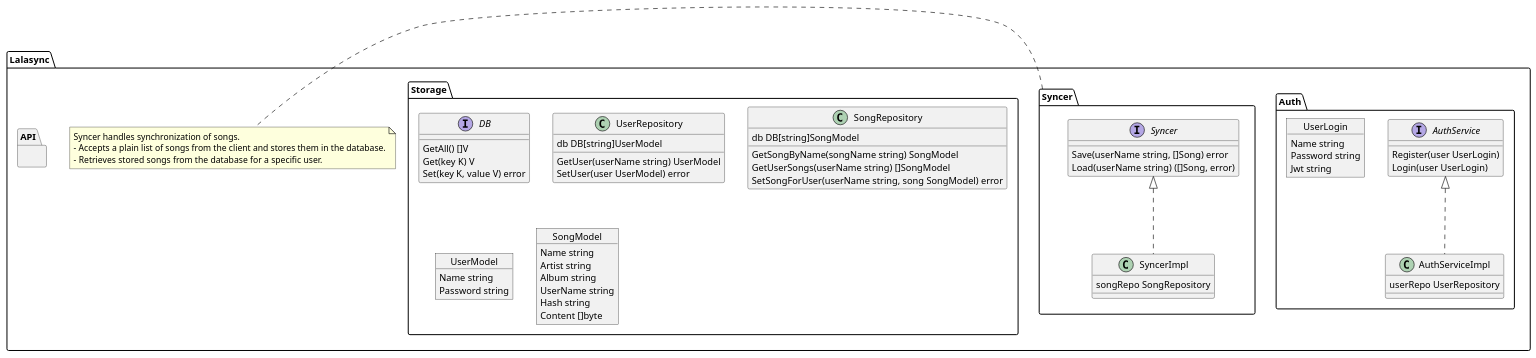
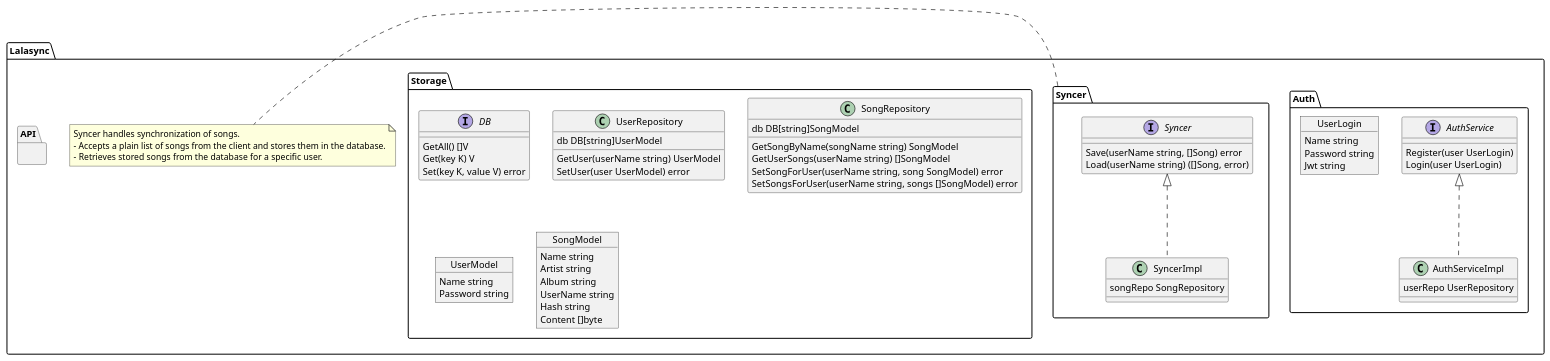
Before and after one commit to castlele/lalasync: the diagram in DESIGNDOC.md, drawn with PlantUML. The commit also changed 9 other files, not shown here.

````diff
--- a/DESIGNDOC.md
+++ b/DESIGNDOC.md
@@ -3,78 +3,79 @@
 ```plantuml
 package Lalasync {
 
     package API {
     }
 
     package Auth {
         interface AuthService {
             Register(user UserLogin)
             Login(user UserLogin)
         }
 
         class AuthServiceImpl implements AuthService {
             userRepo UserRepository
         }
 
         object UserLogin {
             Name string
             Password string
             Jwt string
         }
     }
 
     package Syncer {
         interface Syncer {
             Save(userName string, []Song) error
             Load(userName string) ([]Song, error)
         }
 
         class SyncerImpl implements Syncer {
             songRepo SongRepository
         }
     }
 
     note right of Syncer
         Syncer handles synchronization of songs.
         - Accepts a plain list of songs from the client and stores them in the database.
         - Retrieves stored songs from the database for a specific user.
     end note
 
     package Storage {
         interface DB {
             GetAll() []V
             Get(key K) V
             Set(key K, value V) error
         }
 
         class UserRepository {
             db DB[string]UserModel
 
             GetUser(userName string) UserModel
             SetUser(user UserModel) error
         }
 
         class SongRepository {
             db DB[string]SongModel
 
             GetSongByName(songName string) SongModel
             GetUserSongs(userName string) []SongModel
             SetSongForUser(userName string, song SongModel) error
+            SetSongsForUser(userName string, songs []SongModel) error
         }
 
         object UserModel {
             Name string
             Password string
         }
 
         object SongModel {
             Name string
             Artist string
             Album string
             UserName string
             Hash string
             Content []byte
         }
     }
 }
 ```
````
